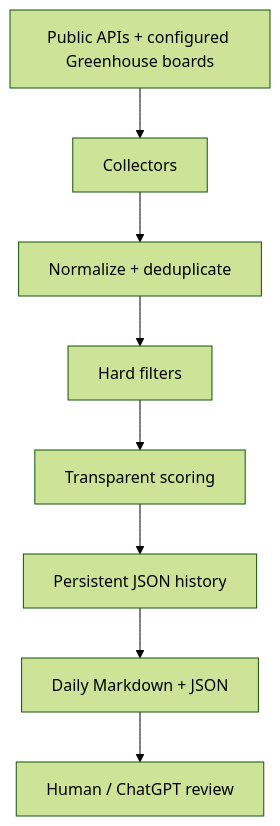
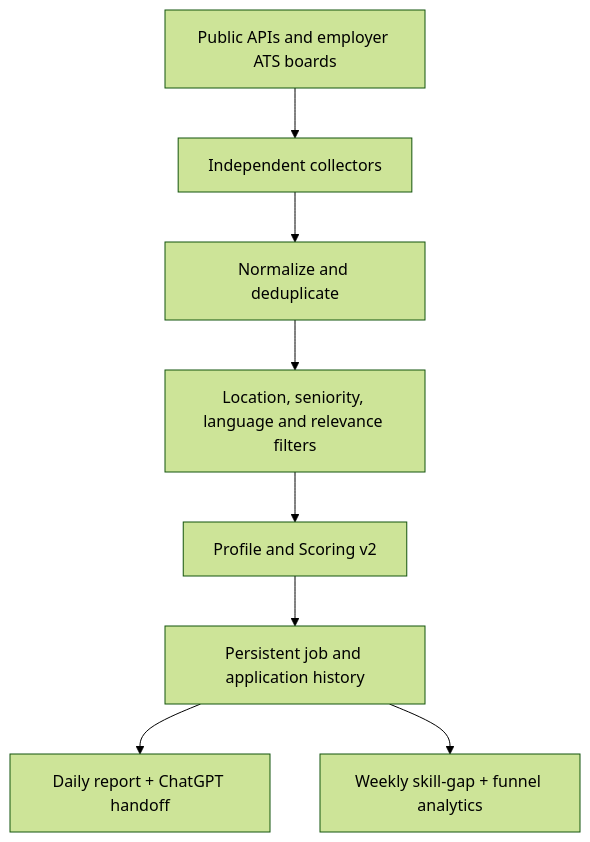
The diagram in README.md (bsdevda/cyber-job-radar), drawn with Mermaid (forest theme) before and after one commit. The commit also changed other lines of this file and 30 other files, not shown here.

Commit message:
feat: add profile scoring v2 and expanded ATS analytics

````diff
--- a/README.md
+++ b/README.md
@@ -30,10 +25,10 @@
 ```mermaid
 flowchart TD
-    A["Public APIs + configured Greenhouse boards"] --> B["Collectors"]
-    B --> C["Normalize + deduplicate"]
-    C --> D["Hard filters"]
-    D --> E["Transparent scoring"]
-    E --> F["Persistent JSON history"]
-    F --> G["Daily Markdown + JSON"]
-    G --> H["Human / ChatGPT review"]
+    A["Public APIs and employer ATS boards"] --> B["Independent collectors"]
+    B --> C["Normalize and deduplicate"]
+    C --> D["Location, seniority, language and relevance filters"]
+    D --> E["Profile and Scoring v2"]
+    E --> F["Persistent job and application history"]
+    F --> G["Daily report + ChatGPT handoff"]
+    F --> H["Weekly skill-gap + funnel analytics"]
 ```
````
